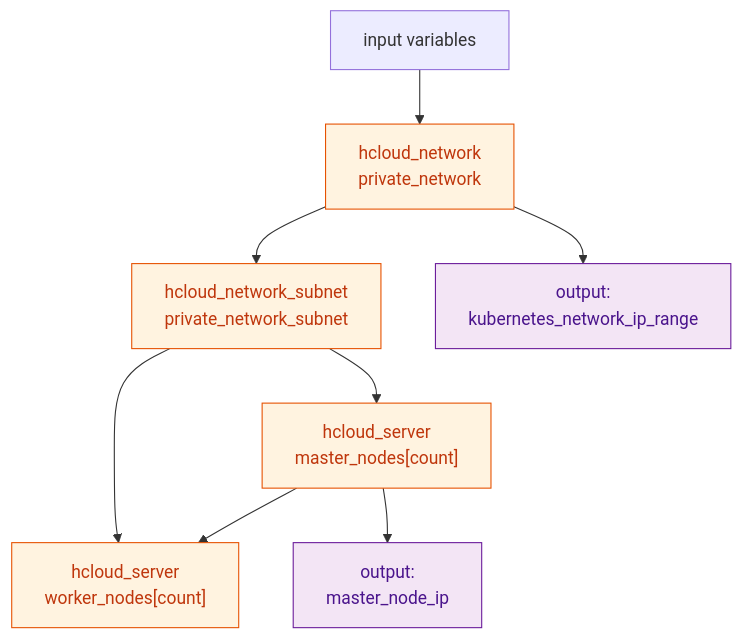
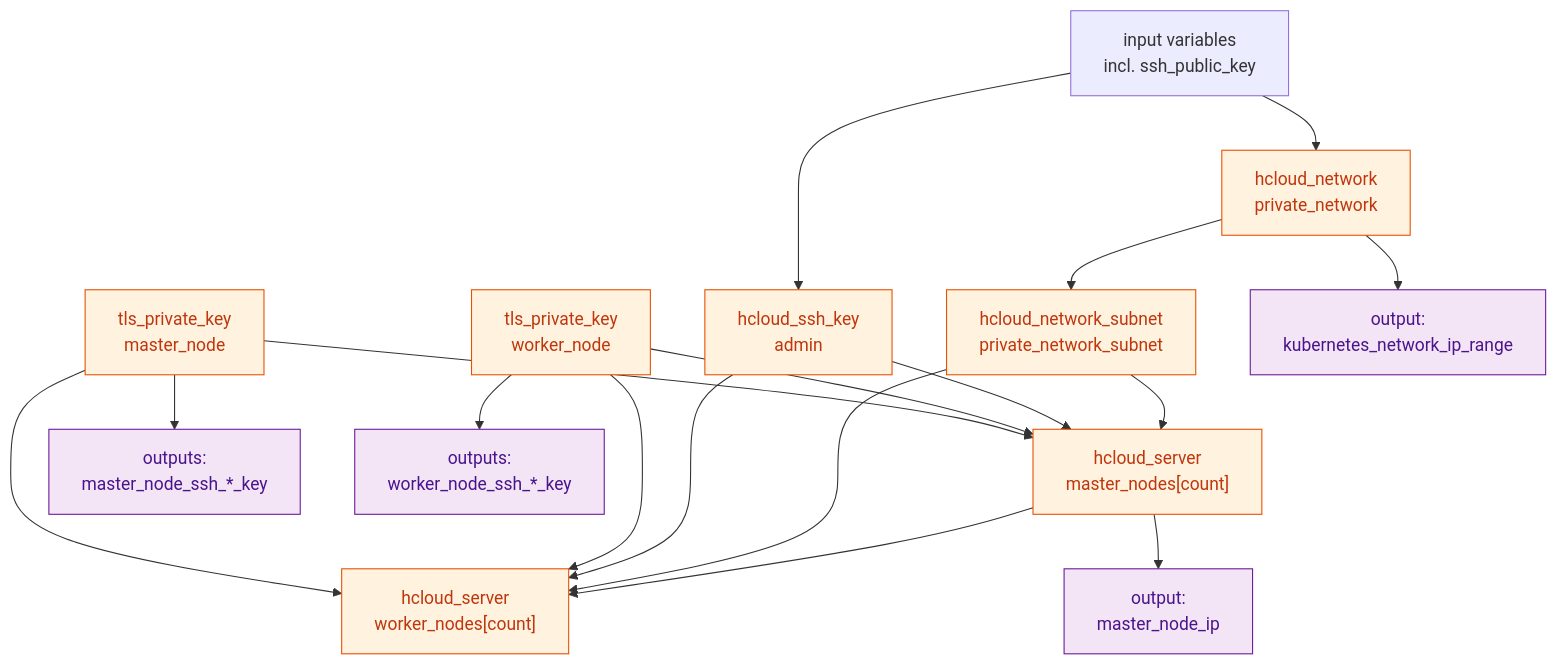
Before and after one commit to pawel150199/hcloud-k8s-cluster: the third of 5 diagrams in docs/02-architecture.md, drawn with Mermaid. The commit also changed other lines of this file and 17 other files, not shown here.

````diff
--- a/docs/02-architecture.md
+++ b/docs/02-architecture.md
@@ -94,15 +94,24 @@
 ```mermaid
 flowchart TD
-  V["input variables"] --> NET["hcloud_network<br/>private_network"]
+  V["input variables<br/>incl. ssh_public_key"] --> NET["hcloud_network<br/>private_network"]
+  V --> AK["hcloud_ssh_key<br/>admin"]
   NET --> SUB["hcloud_network_subnet<br/>private_network_subnet"]
+  TM["tls_private_key<br/>master_node"] --> M
+  TW["tls_private_key<br/>worker_node"] --> M
+  TM --> W
+  TW --> W
+  AK --> M
+  AK --> W
   SUB --> M["hcloud_server<br/>master_nodes[count]"]
   SUB --> W["hcloud_server<br/>worker_nodes[count]"]
   M --> W
   NET --> O1["output:<br/>kubernetes_network_ip_range"]
   M --> O2["output:<br/>master_node_ip"]
+  TM --> O3["outputs:<br/>master_node_ssh_*_key"]
+  TW --> O4["outputs:<br/>worker_node_ssh_*_key"]
 
   classDef res fill:#fff3e0,stroke:#e65100,color:#bf360c;
   classDef out fill:#f3e5f5,stroke:#6a1b9a,color:#4a148c;
-  class NET,SUB,M,W res;
-  class O1,O2 out;
+  class NET,SUB,M,W,AK,TM,TW res;
+  class O1,O2,O3,O4 out;
 ```
````
